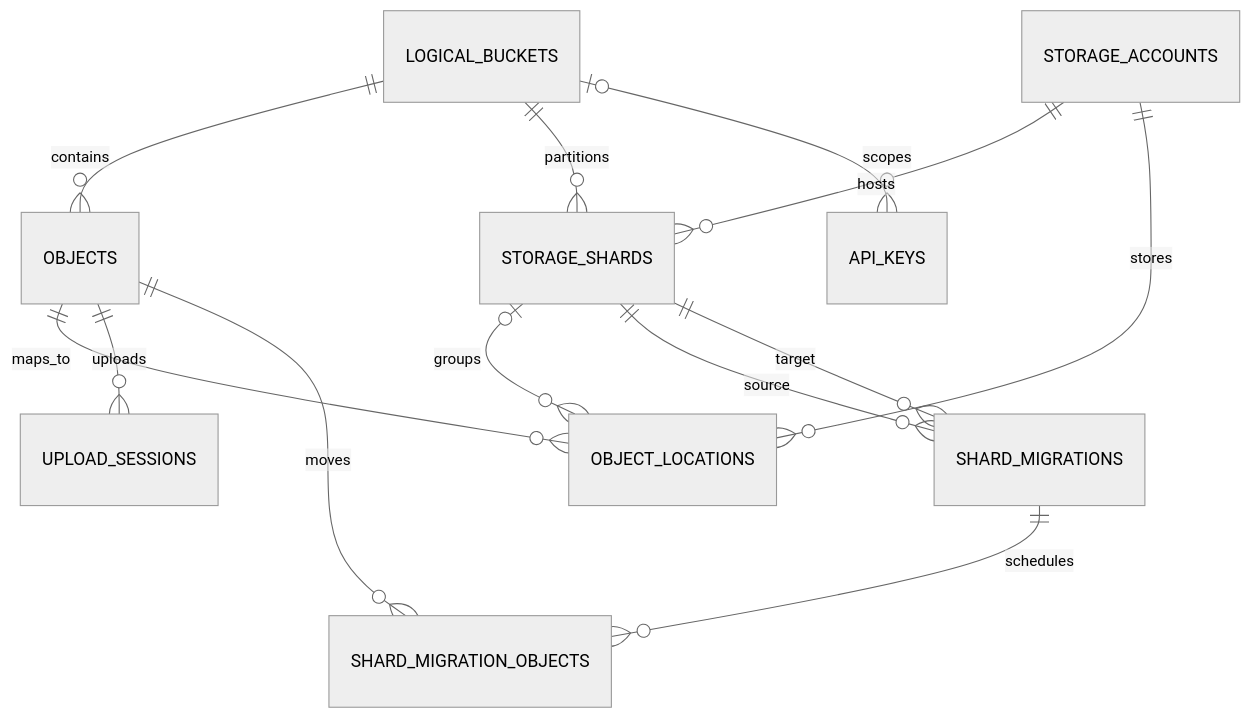
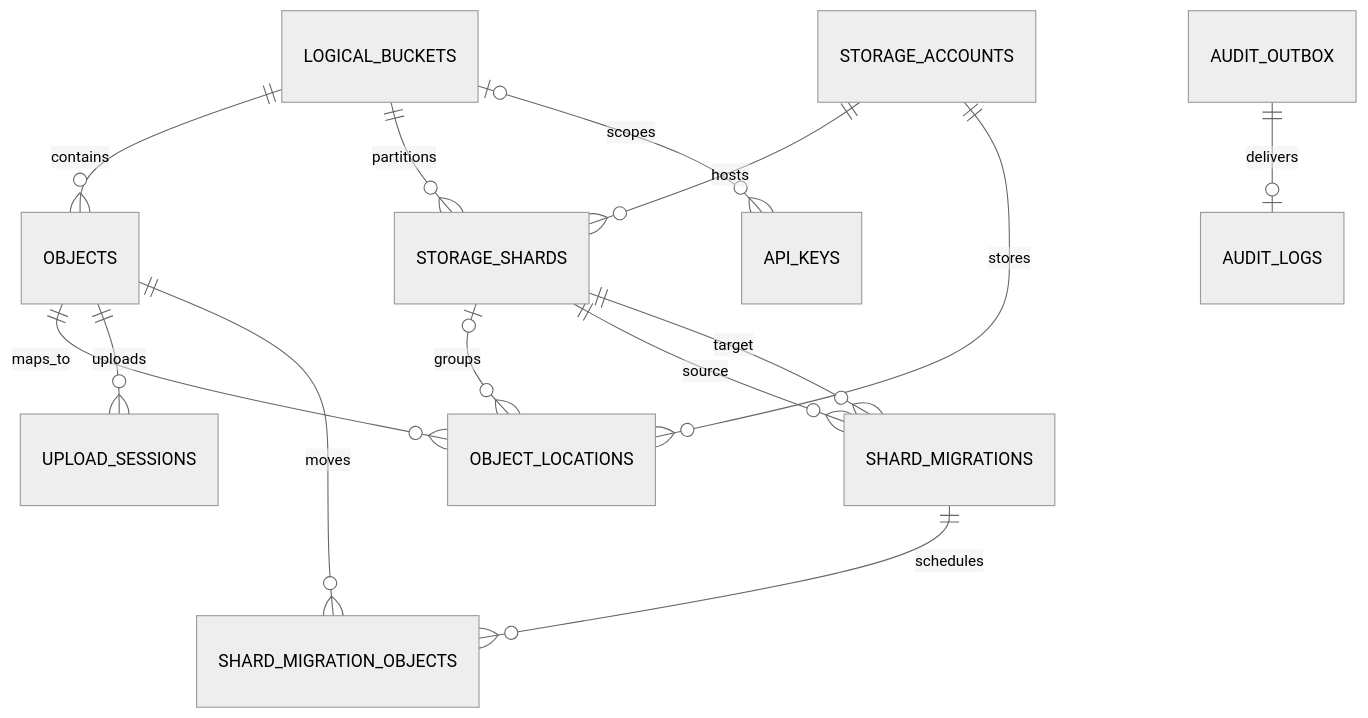
One commit to alwynou/openpool changed the diagram in docs/architecture/data-model.md. Above: the diagram before and after it, drawn with Mermaid (neutral theme). The commit also changed other lines of this file and 28 other files, not shown here.

Commit message:
feat: add transactional audit outbox

````diff
--- a/docs/architecture/data-model.md
+++ b/docs/architecture/data-model.md
@@ -8,15 +8,16 @@
 ```mermaid
 erDiagram
   LOGICAL_BUCKETS ||--o{ OBJECTS : contains
   LOGICAL_BUCKETS ||--o{ STORAGE_SHARDS : partitions
   STORAGE_ACCOUNTS ||--o{ STORAGE_SHARDS : hosts
   OBJECTS ||--o{ OBJECT_LOCATIONS : maps_to
   STORAGE_ACCOUNTS ||--o{ OBJECT_LOCATIONS : stores
   STORAGE_SHARDS o|--o{ OBJECT_LOCATIONS : groups
   OBJECTS ||--o{ UPLOAD_SESSIONS : uploads
   STORAGE_SHARDS ||--o{ SHARD_MIGRATIONS : source
   STORAGE_SHARDS ||--o{ SHARD_MIGRATIONS : target
   SHARD_MIGRATIONS ||--o{ SHARD_MIGRATION_OBJECTS : schedules
   OBJECTS ||--o{ SHARD_MIGRATION_OBJECTS : moves
   LOGICAL_BUCKETS o|--o{ API_KEYS : scopes
+  AUDIT_OUTBOX ||--o| AUDIT_LOGS : delivers
 ```
````
